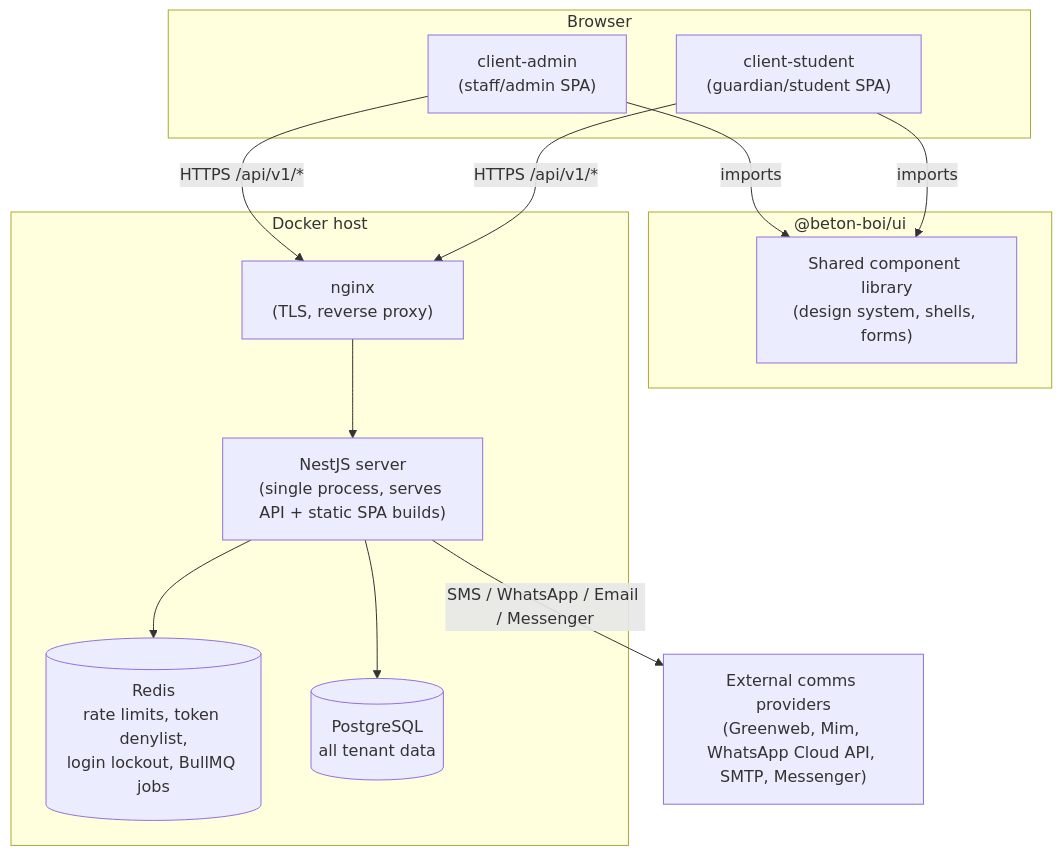
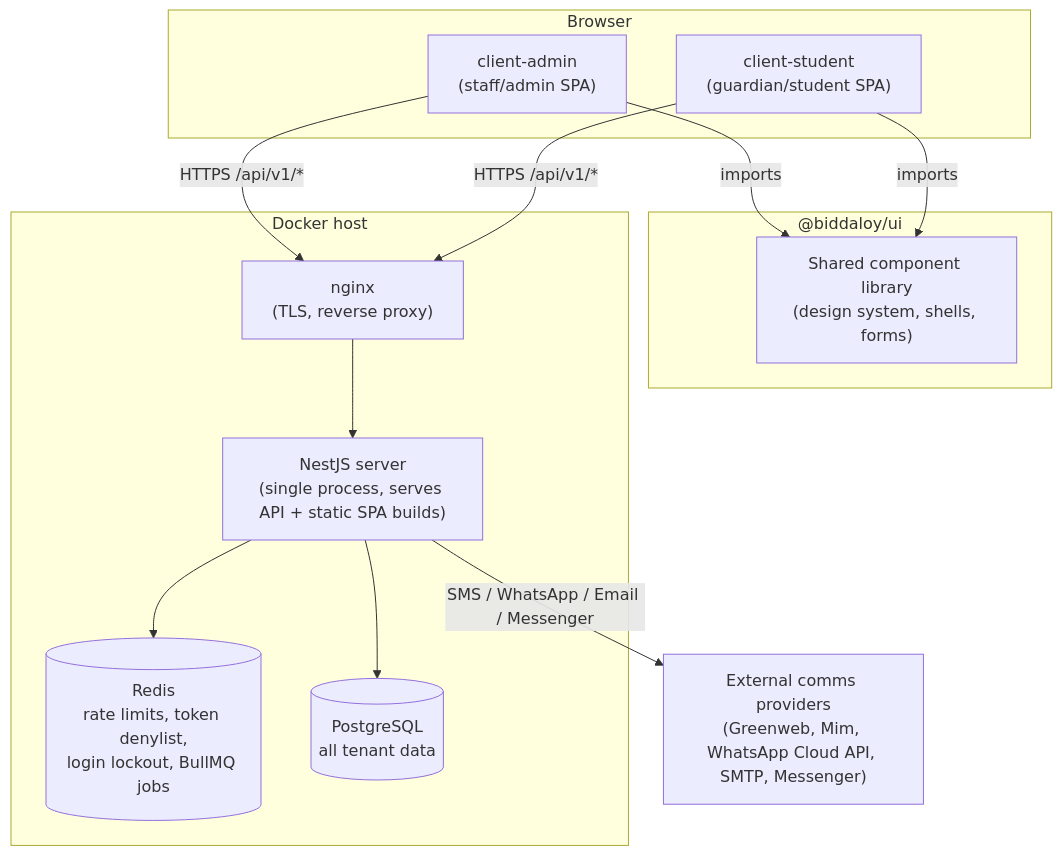
One commit to tareq89/biddaloy changed the diagram in docs/architecture/00-overview.md. Above: the diagram before and after it, drawn with Mermaid. The commit also changed other lines of this file and 185 other files, not shown here.

First line of the commit message:
rename: beton-boi -> Biddaloy across the codebase

````diff
--- a/docs/architecture/00-overview.md
+++ b/docs/architecture/00-overview.md
@@ -25,29 +25,29 @@
 ```mermaid
 flowchart TB
     subgraph Browser
         SA["client-admin\n(staff/admin SPA)"]
         SS["client-student\n(guardian/student SPA)"]
     end
 
-    subgraph "@beton-boi/ui"
+    subgraph "@biddaloy/ui"
         UI["Shared component library\n(design system, shells, forms)"]
     end
 
     SA -- imports --> UI
     SS -- imports --> UI
 
     SA -- "HTTPS /api/v1/*" --> NGINX
     SS -- "HTTPS /api/v1/*" --> NGINX
 
     subgraph Server["Docker host"]
         NGINX["nginx\n(TLS, reverse proxy)"]
         APP["NestJS server\n(single process, serves API + static SPA builds)"]
         REDIS[("Redis\nrate limits, token denylist,\nlogin lockout, BullMQ jobs")]
         PG[("PostgreSQL\nall tenant data")]
         NGINX --> APP
         APP --> REDIS
         APP --> PG
     end
 
     APP -- "SMS / WhatsApp / Email / Messenger" --> Providers["External comms providers\n(Greenweb, Mim, WhatsApp Cloud API, SMTP, Messenger)"]
 ```
````
